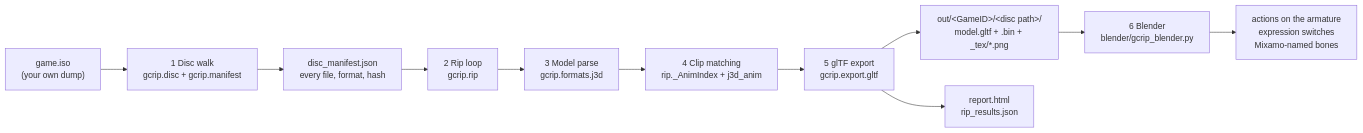
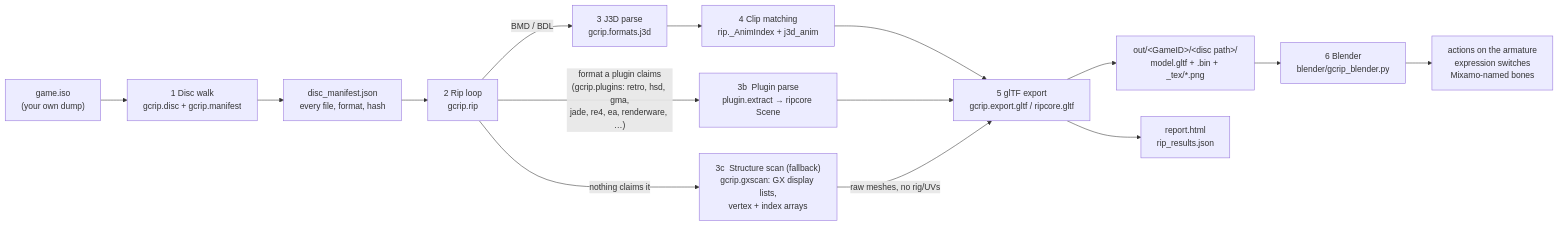
One commit to Felbs/3d-ripper-9000 changed the first of 8 diagrams in docs/PIPELINE.md. Above: the diagram before and after it, drawn with Mermaid. The commit also changed other lines of this file and 8 other files, not shown here.

First line of the commit message:
gcrip: structure-based fallbacks - generic containers + gx scanner as FALLBACK plugins

````diff
--- a/docs/PIPELINE.md
+++ b/docs/PIPELINE.md
@@ -8,13 +11,17 @@
 ```mermaid
 flowchart LR
     ISO["game.iso<br/>(your own dump)"] --> WALK["1  Disc walk<br/>gcrip.disc + gcrip.manifest"]
     WALK --> MAN["disc_manifest.json<br/>every file, format, hash"]
     MAN --> RIP["2  Rip loop<br/>gcrip.rip"]
-    RIP --> J3D["3  Model parse<br/>gcrip.formats.j3d"]
+    RIP -->|"BMD / BDL"| J3D["3  J3D parse<br/>gcrip.formats.j3d"]
+    RIP -->|"format a plugin claims<br/>(gcrip.plugins: retro, hsd, gma,<br/>jade, re4, ea, renderware, …)"| PLUG["3b  Plugin parse<br/>plugin.extract → ripcore Scene"]
+    RIP -->|"nothing claims it"| GX["3c  Structure scan (fallback)<br/>gcrip.gxscan: GX display lists,<br/>vertex + index arrays"]
     J3D --> ANIM["4  Clip matching<br/>rip._AnimIndex + j3d_anim"]
-    ANIM --> GLTF["5  glTF export<br/>gcrip.export.gltf"]
+    ANIM --> GLTF["5  glTF export<br/>gcrip.export.gltf / ripcore.gltf"]
+    PLUG --> GLTF
+    GX -->|"raw meshes, no rig/UVs"| GLTF
     GLTF --> OUT["out/&lt;GameID&gt;/&lt;disc path&gt;/<br/>model.gltf + .bin + _tex/*.png"]
     GLTF --> REP["report.html<br/>rip_results.json"]
     OUT --> BL["6  Blender<br/>blender/gcrip_blender.py"]
     BL --> PLAY["actions on the armature<br/>expression switches<br/>Mixamo-named bones"]
 ```
````
